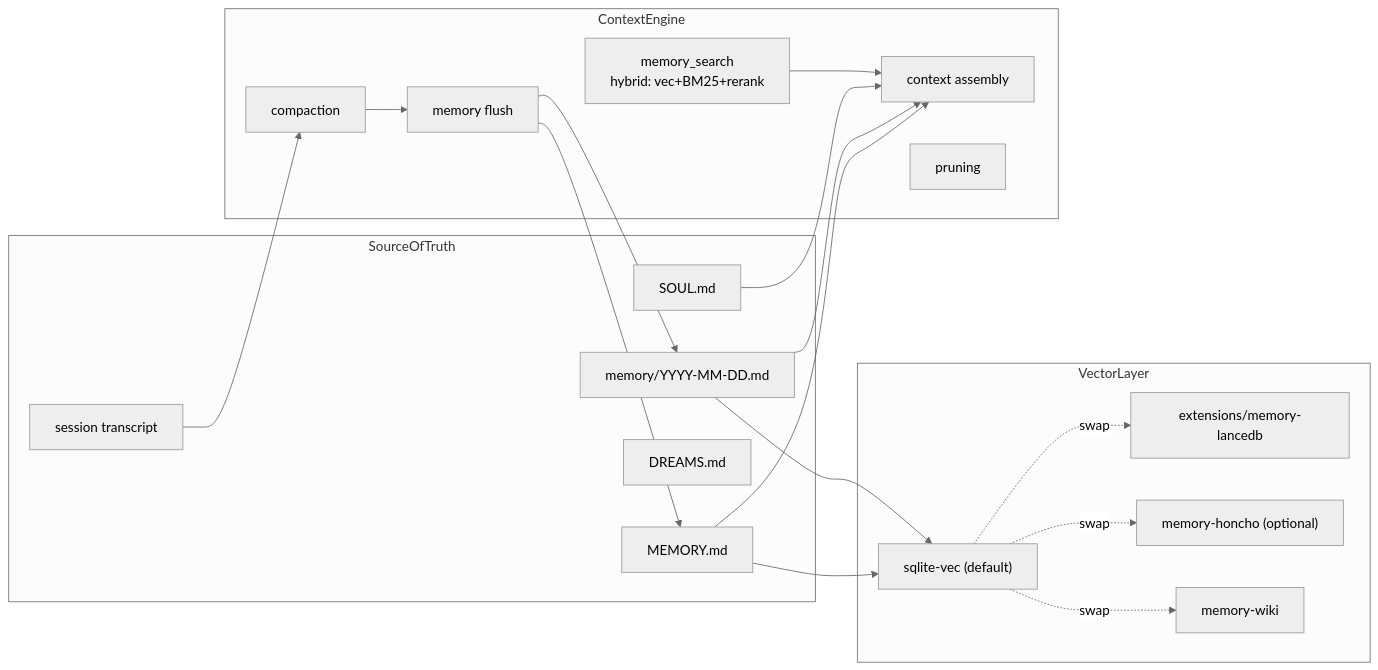
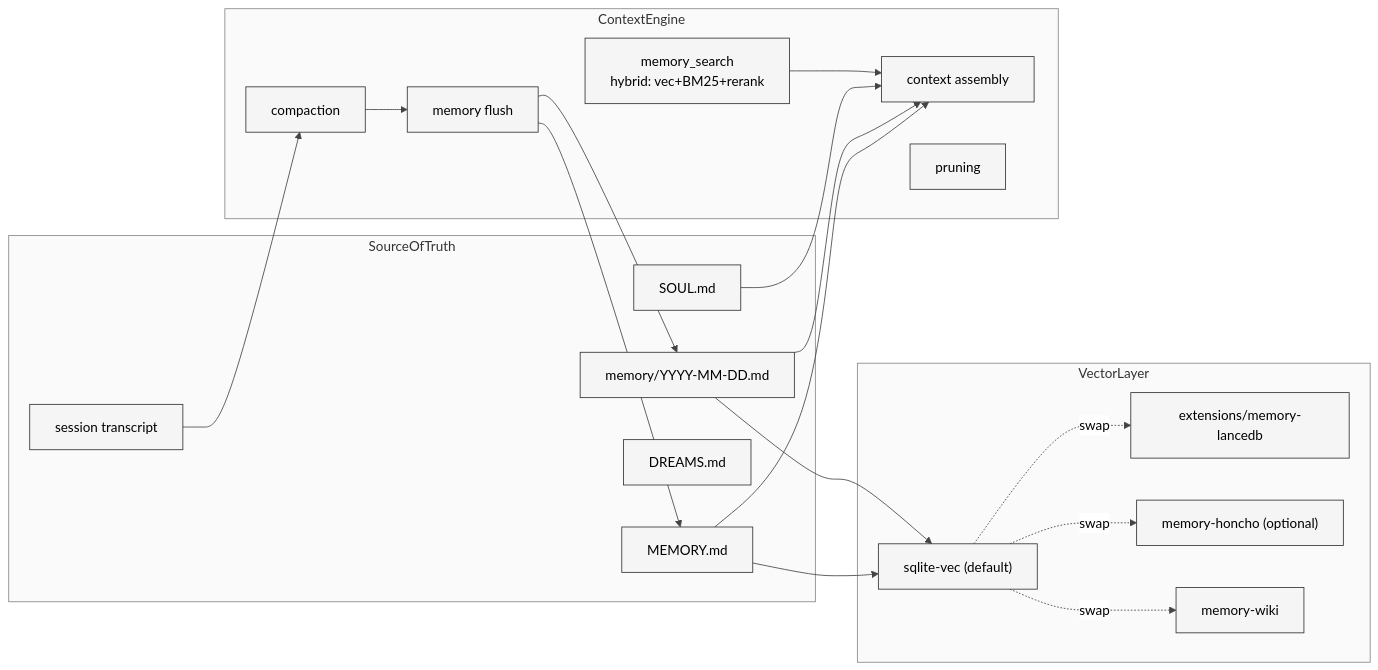
The diagram in Part I Architecture and Philosophy/04-context-engine-and-memory.md (xiaonancs/openclaw-study), drawn with Mermaid before and after one commit. The commit also changed 25 other files, not shown here.

First line of the commit message:
修事实错误 + 补齐 mermaid-academic 规范

````diff
--- a/Part I Architecture and Philosophy/04-context-engine-and-memory.md
+++ b/Part I Architecture and Philosophy/04-context-engine-and-memory.md
@@ -34,40 +34,40 @@
 ```mermaid
-%%{init: {'theme':'neutral'}}%%
+%%{init: {'theme': 'neutral', 'themeVariables': {'background': '#ffffff', 'primaryColor': '#f5f5f5', 'primaryTextColor': '#000000', 'primaryBorderColor': '#333333', 'lineColor': '#444444', 'textColor': '#000000', 'mainBkg': '#f5f5f5', 'nodeBorder': '#333333', 'clusterBkg': '#fafafa', 'clusterBorder': '#888888', 'edgeLabelBackground': '#ffffff', 'actorBkg': '#f5f5f5', 'actorBorder': '#333333', 'actorTextColor': '#000000', 'actorLineColor': '#444444', 'signalColor': '#444444', 'signalTextColor': '#000000', 'noteBkgColor': '#f0f0f0', 'noteTextColor': '#000000', 'noteBorderColor': '#888888'}}}%%
 flowchart LR
     subgraph SourceOfTruth
         MEM[MEMORY.md]
         DAILY[memory/YYYY-MM-DD.md]
         DREAM[DREAMS.md]
         SOUL[SOUL.md]
         TRANS["session transcript"]
     end
 
     subgraph VectorLayer
         SqliteVec["sqlite-vec (default)"]
         LanceDB["extensions/memory-lancedb"]
         Honcho["memory-honcho (optional)"]
         Wiki["memory-wiki"]
     end
 
     subgraph ContextEngine
         Retrieve["memory_search<br/>hybrid: vec+BM25+rerank"]
         Assemble[context assembly]
         Prune[pruning]
         Compact[compaction]
         Flush[memory flush]
     end
 
     MEM --> Assemble
     DAILY --> Assemble
     SOUL --> Assemble
     TRANS --> Compact
     Compact --> Flush
     Flush --> MEM
     Flush --> DAILY
     Retrieve --> Assemble
     MEM --> SqliteVec
     DAILY --> SqliteVec
     SqliteVec -.swap.-> LanceDB
     SqliteVec -.swap.-> Honcho
     SqliteVec -.swap.-> Wiki
 ```
````
